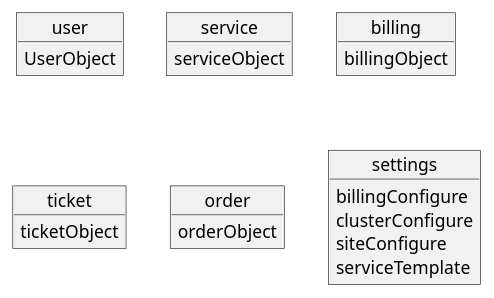
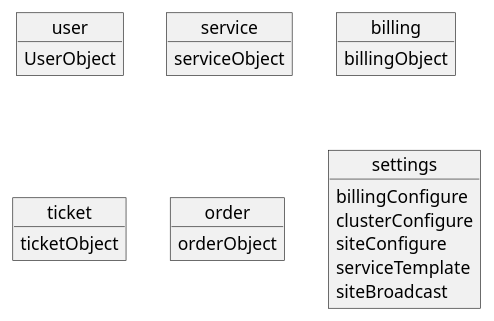
One commit to CaliNetwork/TransData changed the second of 3 diagrams in documents/README.adoc. Above: the diagram before and after it, drawn with PlantUML. The commit also changed 1 other file, not shown here.

Commit message:
[dashboard]bump ver

```diff
--- a/documents/README.adoc
+++ b/documents/README.adoc
@@ -81,26 +81,27 @@
 [plantuml]
 ....
 @startuml
 object user {
     UserObject
 }
 object service {
     serviceObject
 }
 object billing {
     billingObject
 }
 object ticket {
     ticketObject
 }
 object order {
     orderObject
 }
 object settings {
     billingConfigure
     clusterConfigure
     siteConfigure
     serviceTemplate
+    siteBroadcast
 }
 @enduml
 ....
```
